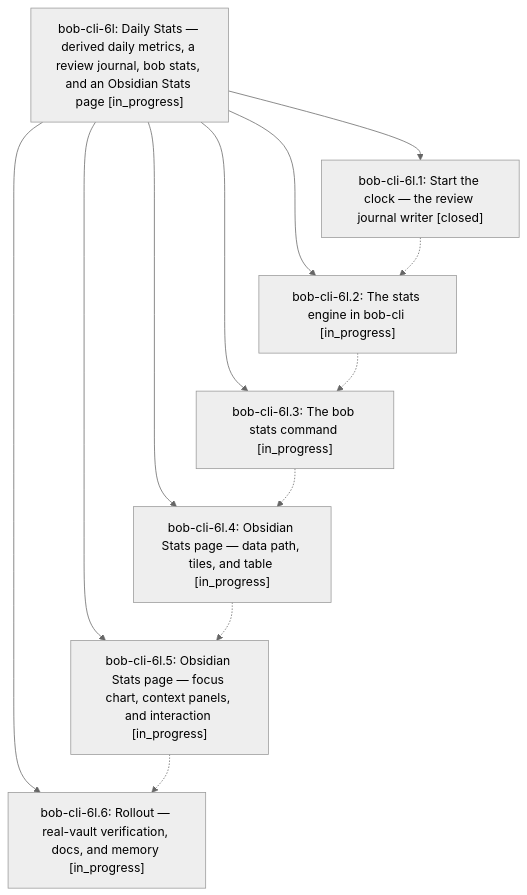
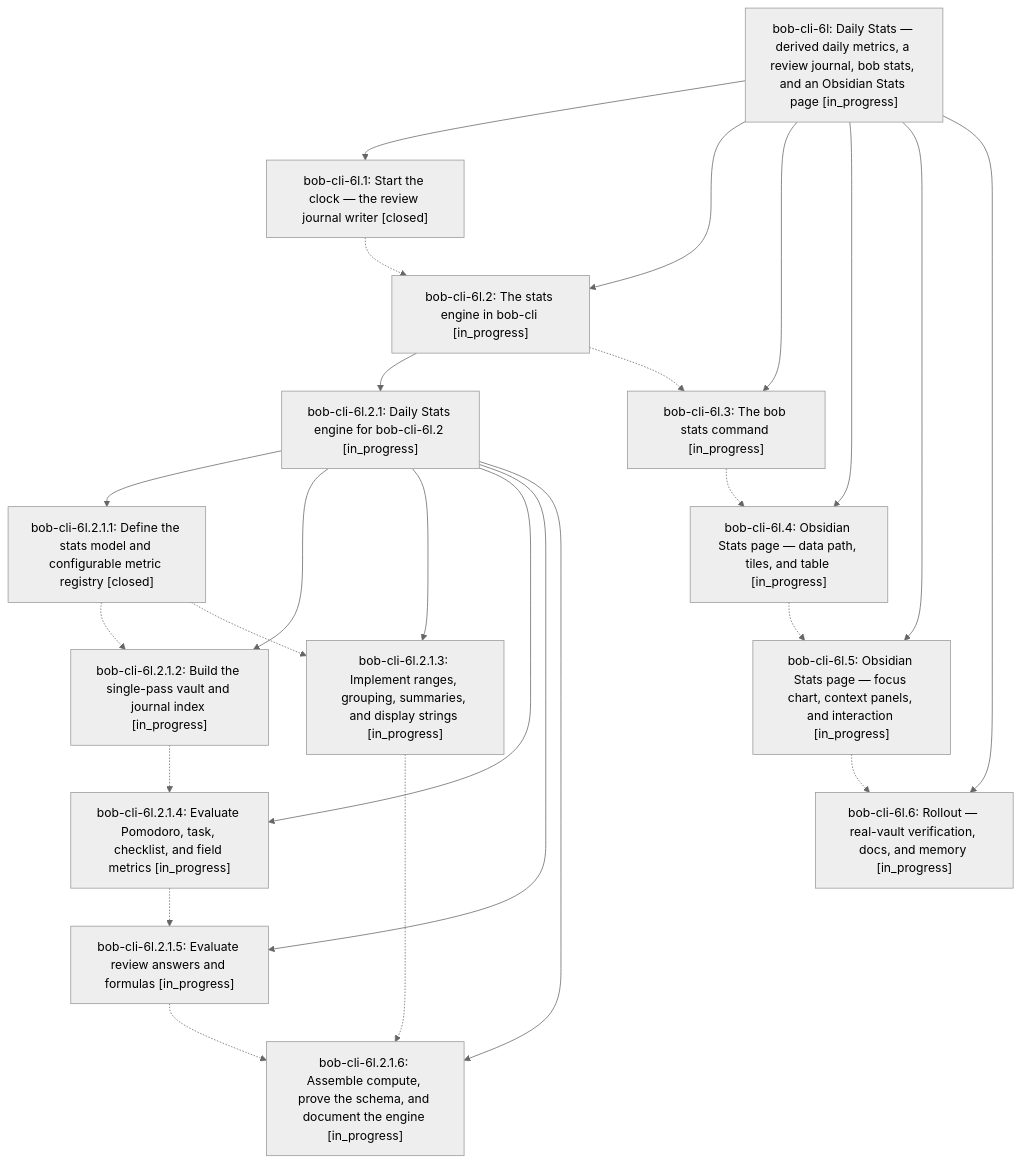
The diagram in pages/bob-cli-6l/README.md (bobs-org/bob-cli--beads), drawn with Mermaid (neutral theme) before and after one commit. The commit also changed other lines of this file and 9 other files, not shown here.

First line of the commit message:
chore(beads): sync bead state and pages for bob-cli-6l

````diff
--- a/pages/bob-cli-6l/README.md
+++ b/pages/bob-cli-6l/README.md
@@ -27,21 +39,41 @@
 ```mermaid
 flowchart TD
     n0["bob-cli-6l: Daily Stats — derived daily metrics, a review journal, bob stats, and an Obsidian Stats page [in_progress]"]
     n1["bob-cli-6l.1: Start the clock — the review journal writer [closed]"]
     n2["bob-cli-6l.2: The stats engine in bob-cli [in_progress]"]
-    n3["bob-cli-6l.3: The bob stats command [in_progress]"]
-    n4["bob-cli-6l.4: Obsidian Stats page — data path, tiles, and table [in_progress]"]
-    n5["bob-cli-6l.5: Obsidian Stats page — focus chart, context panels, and interaction [in_progress]"]
-    n6["bob-cli-6l.6: Rollout — real-vault verification, docs, and memory [in_progress]"]
+    n3["bob-cli-6l.2.1: Daily Stats engine for bob-cli-6l.2 [in_progress]"]
+    n4["bob-cli-6l.2.1.1: Define the stats model and configurable metric registry [closed]"]
+    n5["bob-cli-6l.2.1.2: Build the single-pass vault and journal index [in_progress]"]
+    n6["bob-cli-6l.2.1.3: Implement ranges, grouping, summaries, and display strings [in_progress]"]
+    n7["bob-cli-6l.2.1.4: Evaluate Pomodoro, task, checklist, and field metrics [in_progress]"]
+    n8["bob-cli-6l.2.1.5: Evaluate review answers and formulas [in_progress]"]
+    n9["bob-cli-6l.2.1.6: Assemble compute, prove the schema, and document the engine [in_progress]"]
+    n10["bob-cli-6l.3: The bob stats command [in_progress]"]
+    n11["bob-cli-6l.4: Obsidian Stats page — data path, tiles, and table [in_progress]"]
+    n12["bob-cli-6l.5: Obsidian Stats page — focus chart, context panels, and interaction [in_progress]"]
+    n13["bob-cli-6l.6: Rollout — real-vault verification, docs, and memory [in_progress]"]
     n0 --> n1
     n0 --> n2
-    n0 --> n3
-    n0 --> n4
-    n0 --> n5
-    n0 --> n6
+    n2 --> n3
+    n3 --> n4
+    n3 --> n5
+    n3 --> n6
+    n3 --> n7
+    n3 --> n8
+    n3 --> n9
+    n0 --> n10
+    n0 --> n11
+    n0 --> n12
+    n0 --> n13
     n1 -.-> n2
-    n2 -.-> n3
-    n3 -.-> n4
+    n2 -.-> n10
     n4 -.-> n5
-    n5 -.-> n6
+    n4 -.-> n6
+    n5 -.-> n7
+    n6 -.-> n9
+    n7 -.-> n8
+    n8 -.-> n9
+    n10 -.-> n11
+    n11 -.-> n12
+    n12 -.-> n13
 ```
````
